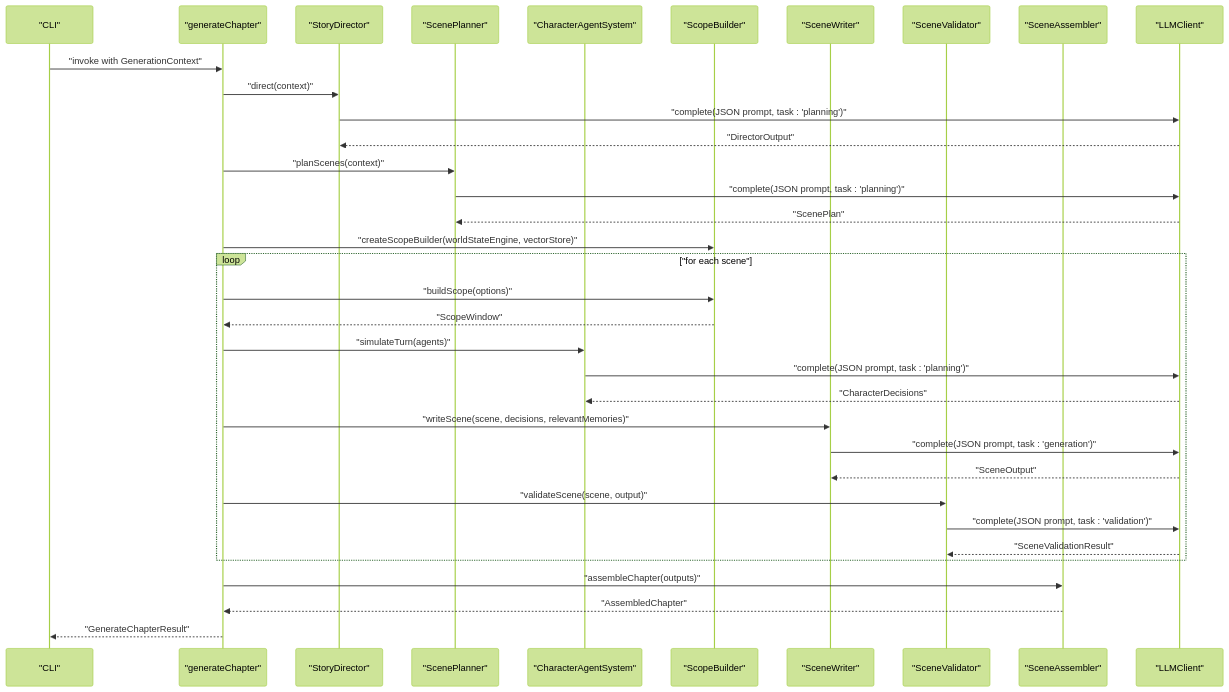
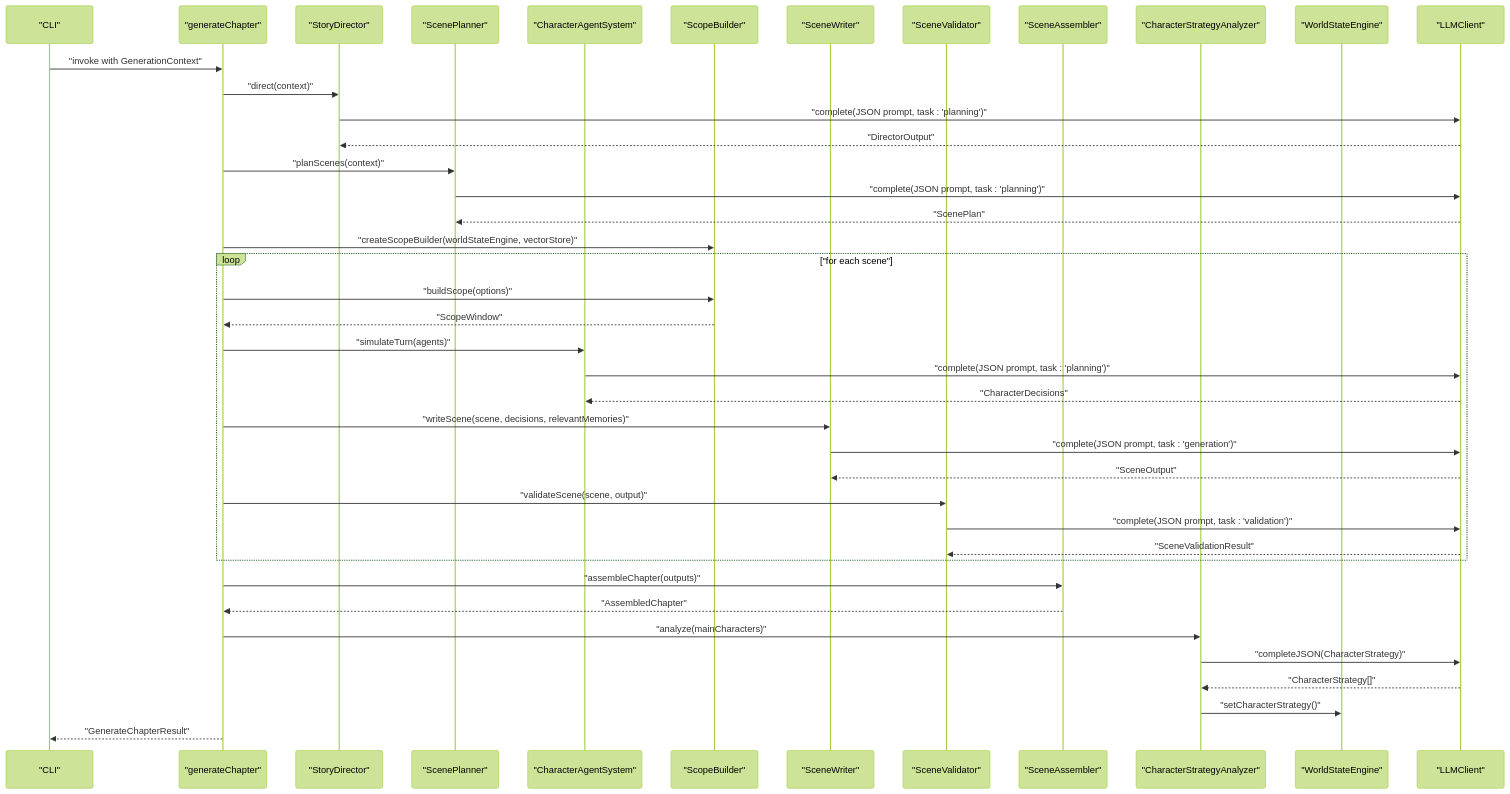
The eighth of 16 diagrams in .qoder/repowiki/en/content/Engine Architecture/Engine Architecture.md (liwonder/NARRITIVE_OS), drawn with Mermaid (forest theme) before and after one commit. The commit also changed other lines of this file and 14 other files, not shown here.

First line of the commit message:
Add character strategy, skills loader, worldstate

````diff
--- a/.qoder/repowiki/en/content/Engine Architecture/Engine Architecture.md
+++ b/.qoder/repowiki/en/content/Engine Architecture/Engine Architecture.md
@@ -625,37 +654,43 @@
 ```mermaid
 sequenceDiagram
 participant CLI as "CLI"
 participant Pipe as "generateChapter"
 participant Director as "StoryDirector"
 participant Planner as "ScenePlanner"
 participant Agents as "CharacterAgentSystem"
 participant ScopeBuilder as "ScopeBuilder"
 participant Writer as "SceneWriter"
 participant Validator as "SceneValidator"
 participant Assembler as "SceneAssembler"
+participant StrategyAnalyzer as "CharacterStrategyAnalyzer"
+participant WorldState as "WorldStateEngine"
 participant LLM as "LLMClient"
 CLI->>Pipe : "invoke with GenerationContext"
 Pipe->>Director : "direct(context)"
 Director->>LLM : "complete(JSON prompt, task : 'planning')"
 LLM-->>Director : "DirectorOutput"
 Pipe->>Planner : "planScenes(context)"
 Planner->>LLM : "complete(JSON prompt, task : 'planning')"
 LLM-->>Planner : "ScenePlan"
 Pipe->>ScopeBuilder : "createScopeBuilder(worldStateEngine, vectorStore)"
 loop "for each scene"
 Pipe->>ScopeBuilder : "buildScope(options)"
 ScopeBuilder-->>Pipe : "ScopeWindow"
 Pipe->>Agents : "simulateTurn(agents)"
 Agents->>LLM : "complete(JSON prompt, task : 'planning')"
 LLM-->>Agents : "CharacterDecisions"
 Pipe->>Writer : "writeScene(scene, decisions, relevantMemories)"
 Writer->>LLM : "complete(JSON prompt, task : 'generation')"
 LLM-->>Writer : "SceneOutput"
 Pipe->>Validator : "validateScene(scene, output)"
 Validator->>LLM : "complete(JSON prompt, task : 'validation')"
 LLM-->>Validator : "SceneValidationResult"
 end
 Pipe->>Assembler : "assembleChapter(outputs)"
 Assembler-->>Pipe : "AssembledChapter"
+Pipe->>StrategyAnalyzer : "analyze(mainCharacters)"
+StrategyAnalyzer->>LLM : "completeJSON(CharacterStrategy)"
+LLM-->>StrategyAnalyzer : "CharacterStrategy[]"
+StrategyAnalyzer->>WorldState : "setCharacterStrategy()"
 Pipe-->>CLI : "GenerateChapterResult"
 ```
````
